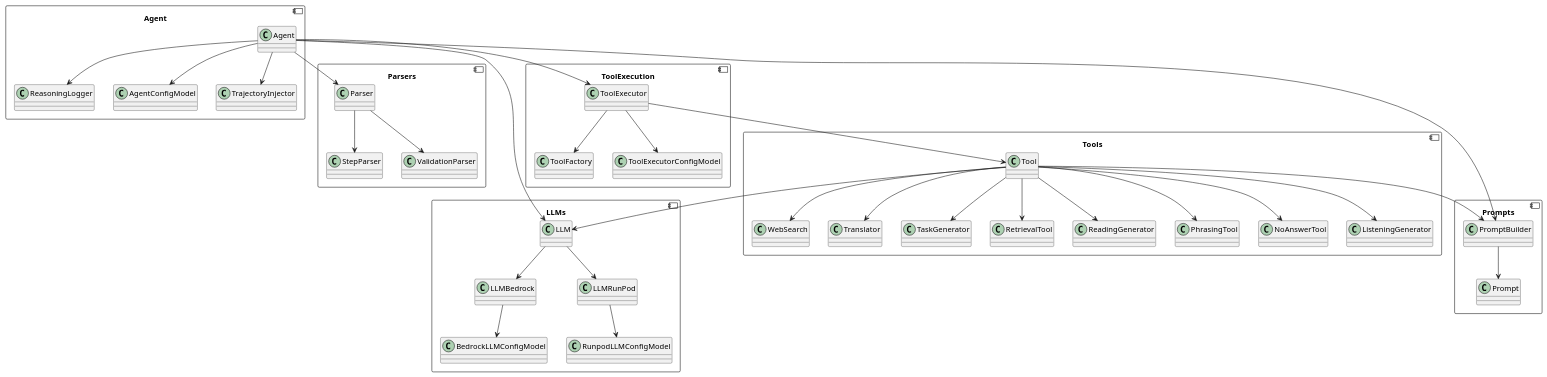
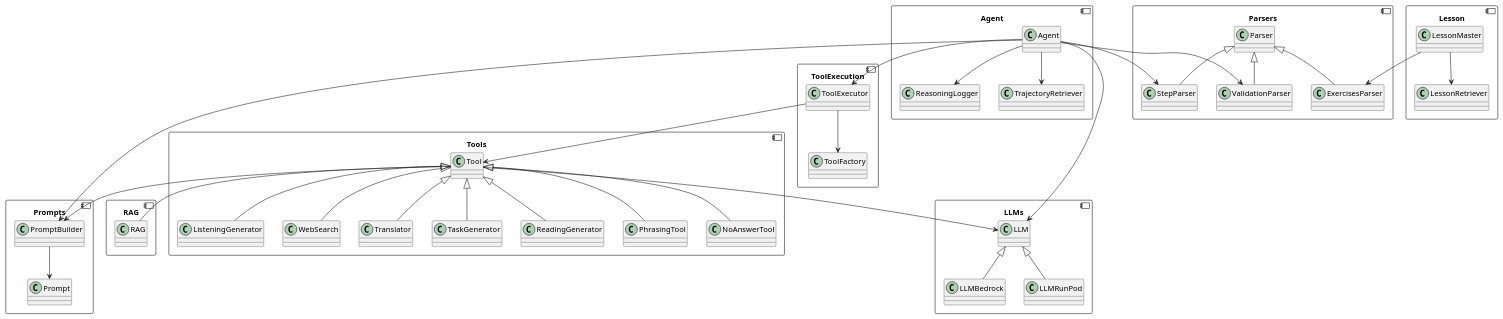
One commit to al-holm/aika changed the diagram in docs/diagrams/res/component_agent.puml. Above: the diagram before and after it, drawn with PlantUML. The commit also changed 32 other files, not shown here.

Commit message:
docs api, architecture

```diff
--- a/docs/diagrams/res/component_agent.puml
+++ b/docs/diagrams/res/component_agent.puml
@@ -1,49 +1,54 @@
 @startuml
 component LLMs {
-    LLM --> LLMBedrock
-    LLM --> LLMRunPod 
-    LLMBedrock --> BedrockLLMConfigModel
-    LLMRunPod --> RunpodLLMConfigModel
+    LLM <|-- LLMBedrock
+    LLM <|-- LLMRunPod 
 }
 
 component Parsers {
-    Parser  --> StepParser
-    Parser  --> ValidationParser
+    Parser  <|-- StepParser
+    Parser  <|-- ValidationParser
+    Parser <|-- ExercisesParser
 }
 
 component Prompts {
   PromptBuilder --> Prompt
 }
 
+component Lesson{
+  LessonMaster --> ExercisesParser
+  LessonMaster --> LessonRetriever
+}
+
 component Tools {
     Tool --> LLM
     Tool --> PromptBuilder
-    Tool --> WebSearch
-    Tool --> Translator
-    Tool --> TaskGenerator
-    Tool --> RetrievalTool
-    Tool --> ReadingGenerator
-    Tool --> PhrasingTool
-    Tool --> NoAnswerTool
-    Tool --> ListeningGenerator
+    Tool <|-- WebSearch
+    Tool <|-- Translator
+    Tool <|-- TaskGenerator
+    Tool <|-- ReadingGenerator
+    Tool <|-- PhrasingTool
+    Tool <|-- NoAnswerTool
+    Tool <|-- ListeningGenerator
 }
 
+component RAG {
+  Tool <|-- RAG
+}
 
 component ToolExecution {
     ToolExecutor --> ToolFactory
-    ToolExecutor --> ToolExecutorConfigModel
     ToolExecutor --> Tool
 }
 
 component Agent {
     Agent --> ReasoningLogger
-    Agent --> AgentConfigModel
-    Agent --> Parser
+    Agent --> StepParser
+    Agent --> ValidationParser
     Agent --> PromptBuilder
-    Agent --> TrajectoryInjector
+    Agent --> TrajectoryRetriever
     Agent --> ToolExecutor
     Agent --> LLM
 }
 
 
 @enduml
```
